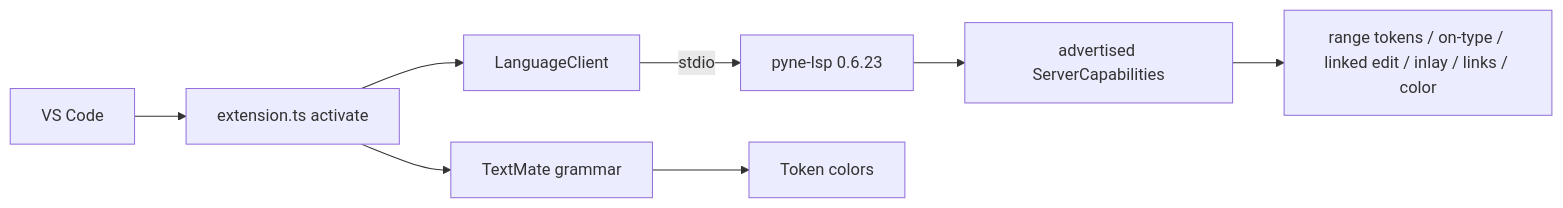
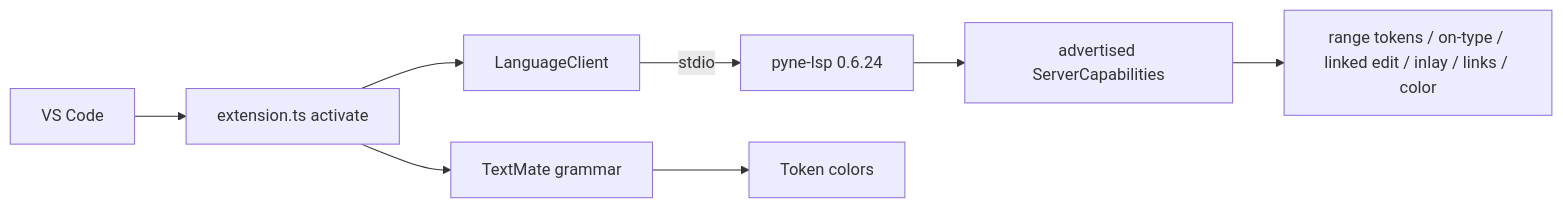
Before and after one commit to hoox-sh/pyne: the diagram in docs/pyne/lsp/vscode-extension.mdx, drawn with Mermaid. The commit also changed other lines of this file and 56 other files, not shown here.

````diff
--- a/docs/pyne/lsp/vscode-extension.mdx
+++ b/docs/pyne/lsp/vscode-extension.mdx
@@ -33,10 +33,10 @@
 ```mermaid
 flowchart LR
   VS[VS Code] --> EXT[extension.ts activate]
   EXT --> LC[LanguageClient]
-  LC -->|stdio| LSP[pyne-lsp 0.6.23]
+  LC -->|stdio| LSP[pyne-lsp 0.6.24]
   EXT --> TM[TextMate grammar]
   TM --> HL[Token colors]
   LSP --> CAP[advertised ServerCapabilities]
   CAP --> UI[range tokens / on-type / linked edit / inlay / links / color]
 ```
````
